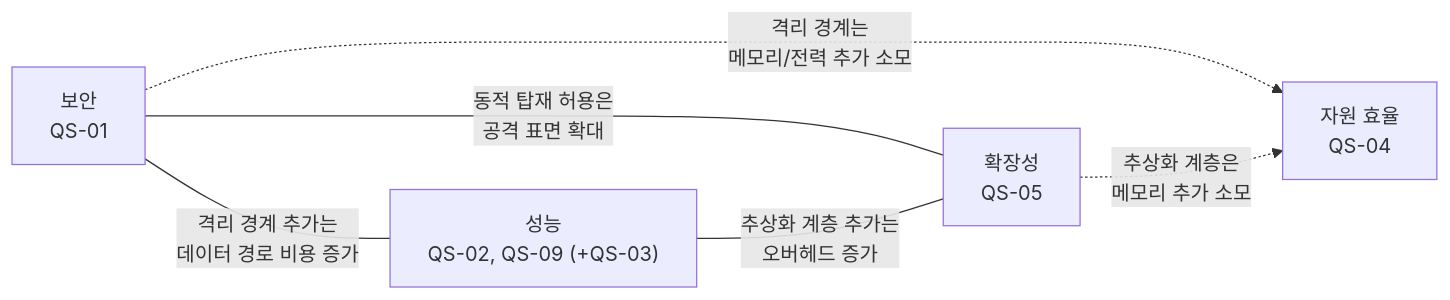
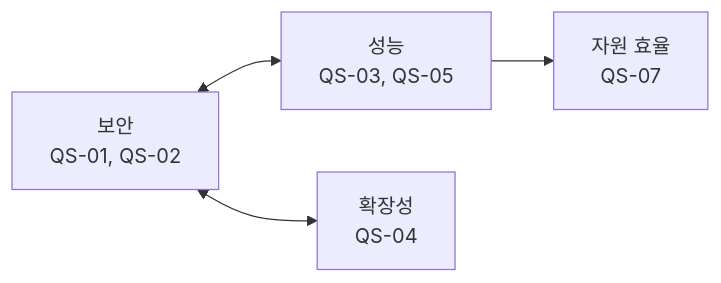
One commit to boram1288/test-p changed the diagram in docs/03_quality_attribute_workshop.md. Above: the diagram before and after it, drawn with Mermaid. The commit also changed other lines of this file and 3 other files, not shown here.

````diff
--- a/docs/03_quality_attribute_workshop.md
+++ b/docs/03_quality_attribute_workshop.md
@@ -181,13 +183,11 @@
 ```mermaid
 flowchart LR
-    SEC["보안<br/>QS-01"]
-    PERF["성능<br/>QS-02, QS-09 (+QS-03)"]
-    EXT["확장성<br/>QS-05"]
-    RES["자원 효율<br/>QS-04"]
+  SEC["보안<br/>QS-01, QS-02"]
+  PERF["성능<br/>QS-03, QS-05"]
+  EXT["확장성<br/>QS-04"]
+  RES["자원 효율<br/>QS-07"]
 
-    SEC ---|"격리 경계 추가는<br/>데이터 경로 비용 증가"| PERF
-    SEC ---|"동적 탑재 허용은<br/>공격 표면 확대"| EXT
-    PERF ---|"추상화 계층 추가는<br/>오버헤드 증가"| EXT
-    SEC -.->|"격리 경계는<br/>메모리/전력 추가 소모"| RES
-    EXT -.->|"추상화 계층은<br/>메모리 추가 소모"| RES
+  SEC <--> PERF
+  SEC <--> EXT
+  PERF --> RES
 ```
````
